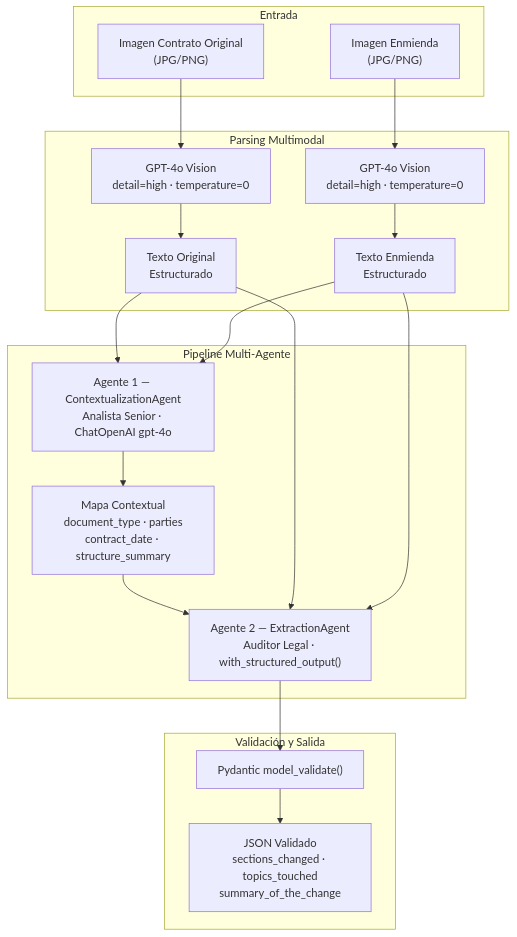
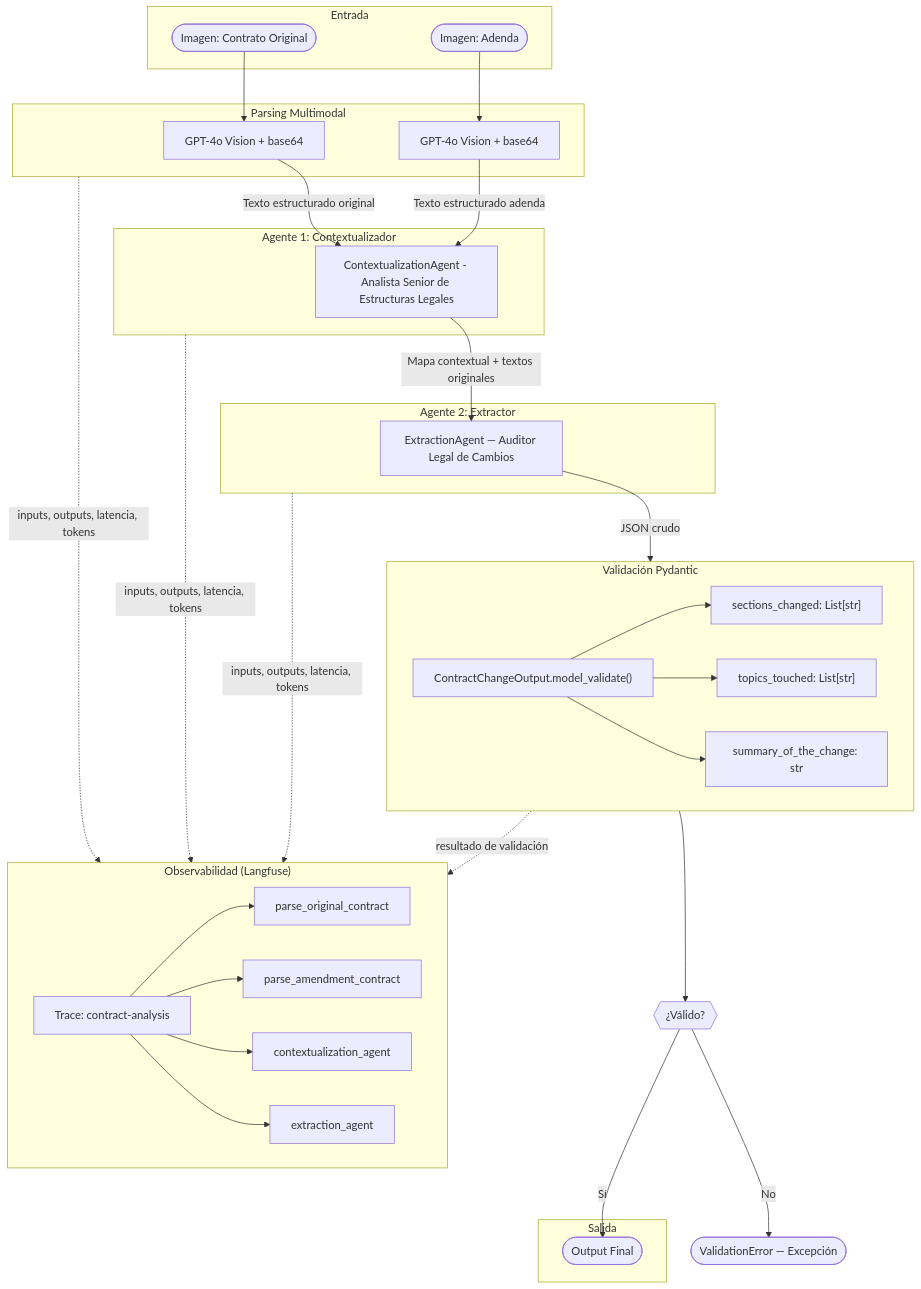
Before and after one commit to oriasmauro/henry-aem4: the first of 5 diagrams in README.md, drawn with Mermaid. The commit also changed other lines of this file and 6 other files, not shown here.

````diff
--- a/README.md
+++ b/README.md
@@ -11,35 +11,56 @@
 ```mermaid
-graph TB
-    subgraph ENTRADA["Entrada"]
-        IMG1["Imagen Contrato Original<br/>(JPG/PNG)"]
-        IMG2["Imagen Enmienda<br/>(JPG/PNG)"]
-    end
+flowchart TB
+ subgraph Entrada["Entrada"]
+        A(["Imagen: Contrato Original"])
+        B(["Imagen: Adenda"])
+  end
+ subgraph PARSING["Parsing Multimodal"]
+        C["GPT-4o Vision + base64"]
+        D["GPT-4o Vision + base64"]
+  end
 
-    subgraph PARSING["Parsing Multimodal"]
-        GPT1["GPT-4o Vision<br/>detail=high · temperature=0"]
-        GPT2["GPT-4o Vision<br/>detail=high · temperature=0"]
-        TXT1["Texto Original<br/>Estructurado"]
-        TXT2["Texto Enmienda<br/>Estructurado"]
-    end
-
-    subgraph AGENTES["Pipeline Multi-Agente"]
-        AG1["Agente 1 — ContextualizationAgent<br/>Analista Senior · ChatOpenAI gpt-4o"]
-        MAPA["Mapa Contextual<br/>document_type · parties<br/>contract_date · structure_summary"]
-        AG2["Agente 2 — ExtractionAgent<br/>Auditor Legal · with_structured_output()"]
-    end
-
-    subgraph VALIDACION["Validación y Salida"]
-        PYD["Pydantic model_validate()"]
-        JSON_OUT["JSON Validado<br/>sections_changed · topics_touched<br/>summary_of_the_change"]
-    end
-
-    IMG1 --> GPT1 --> TXT1
-    IMG2 --> GPT2 --> TXT2
-    TXT1 --> AG1
-    TXT2 --> AG1
-    AG1 --> MAPA
-    MAPA --> AG2
-    TXT1 --> AG2
-    TXT2 --> AG2
-    AG2 --> PYD --> JSON_OUT
+ subgraph AGENT1["Agente 1: Contextualizador"]
+        E["ContextualizationAgent - Analista Senior de Estructuras Legales"]
+  end
+ subgraph AGENT2["Agente 2: Extractor"]
+        F["ExtractionAgent — Auditor Legal de Cambios"]
+  end
+ subgraph VALIDATION["Validación Pydantic"]
+        direction LR
+        G["ContractChangeOutput.model_validate()"]
+        V1["sections_changed: List[str]"]
+        V2["topics_touched: List[str]"]
+        V3["summary_of_the_change: str"]
+        G --> V1
+        G --> V2
+        G --> V3
+  end
+ subgraph OUTPUT["Salida"]
+        H(["Output Final"])
+  end
+ subgraph OBS["Observabilidad (Langfuse)"]
+        direction LR
+        TRACE["Trace: contract-analysis"]
+        SP1["parse_original_contract"]
+        SP2["parse_amendment_contract"]
+        SP3["contextualization_agent"]
+        SP4["extraction_agent"]
+        TRACE --> SP1
+        TRACE --> SP2
+        TRACE --> SP3
+        TRACE --> SP4
+  end
+    A --> C
+    B --> D
+    C -- Texto estructurado original --> E
+    D -- Texto estructurado adenda --> E
+    E -- Mapa contextual + textos originales --> F
+    F -- JSON crudo --> G
+    G --> DEC{{"¿Válido?"}}
+    DEC -- Sí --> H
+    DEC -- No --> CRASH(["ValidationError — Excepción"])
+    PARSING -. inputs, outputs, latencia, tokens .-> OBS
+    AGENT1 -. inputs, outputs, latencia, tokens .-> OBS
+    AGENT2 -. inputs, outputs, latencia, tokens .-> OBS
+    VALIDATION -. resultado de validación .-> OBS
 ```
````
